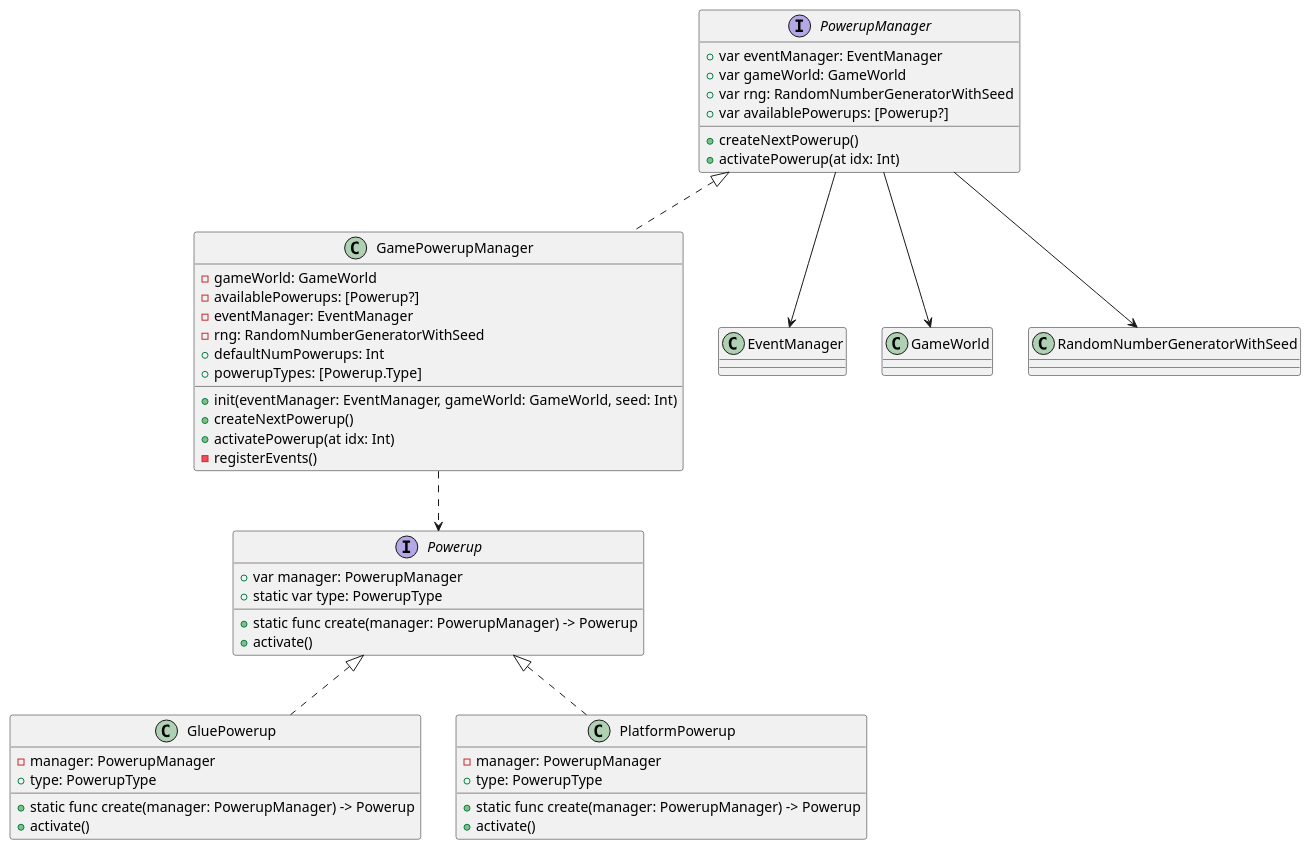
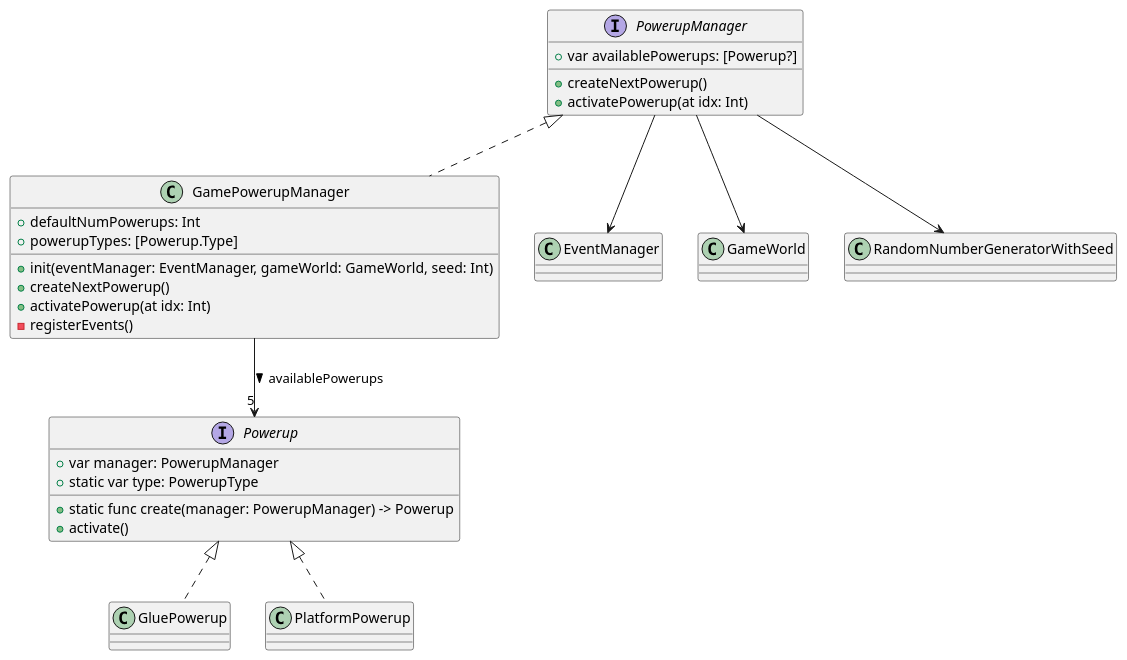
The diagram in Docs/Diagrams/PowerupManager/class.puml (tumbling-towers/TumblingTowersGame), drawn with PlantUML before and after one commit.

Commit message:
:memo: update: diagrams

```diff
--- a/Docs/Diagrams/PowerupManager/class.puml
+++ b/Docs/Diagrams/PowerupManager/class.puml
@@ -1,52 +1,37 @@
 @startuml
 interface PowerupManager {
-    +var eventManager: EventManager
-    +var gameWorld: GameWorld
-    +var rng: RandomNumberGeneratorWithSeed
     +var availablePowerups: [Powerup?]
     +createNextPowerup()
     +activatePowerup(at idx: Int)
 }
 
 interface Powerup {
     +var manager: PowerupManager
     +static var type: PowerupType
     +static func create(manager: PowerupManager) -> Powerup
     +activate()
 }
 
 class GluePowerup {
-    -manager: PowerupManager
-    +type: PowerupType
-    +static func create(manager: PowerupManager) -> Powerup
-    +activate()
 }
 
 class PlatformPowerup {
-    -manager: PowerupManager
-    +type: PowerupType
-    +static func create(manager: PowerupManager) -> Powerup
-    +activate()
 }
 
 class GamePowerupManager {
-    -gameWorld: GameWorld
-    -availablePowerups: [Powerup?]
-    -eventManager: EventManager
-    -rng: RandomNumberGeneratorWithSeed
     +defaultNumPowerups: Int
     +powerupTypes: [Powerup.Type]
     +init(eventManager: EventManager, gameWorld: GameWorld, seed: Int)
     +createNextPowerup()
     +activatePowerup(at idx: Int)
     -registerEvents()
 }
 
 PowerupManager <|.. GamePowerupManager
 PowerupManager --> EventManager
 PowerupManager --> GameWorld
 PowerupManager --> RandomNumberGeneratorWithSeed
 Powerup <|.. GluePowerup
 Powerup <|.. PlatformPowerup
-GamePowerupManager ..> Powerup
+GamePowerupManager --> "5" Powerup: availablePowerups >
 @enduml
```
